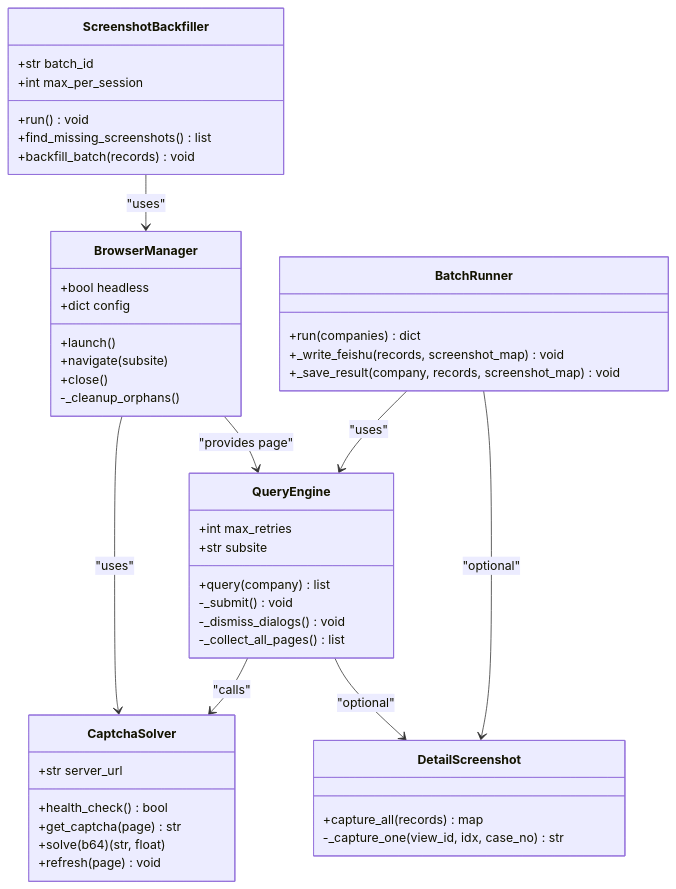
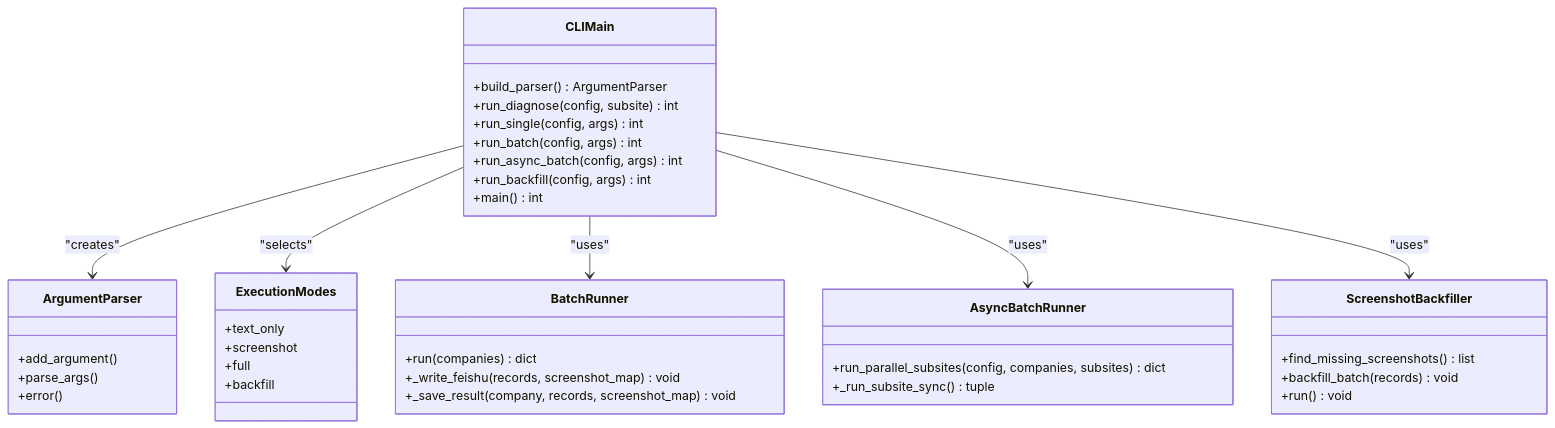
One commit to supotato-ipj/zxgk_auto_query-skill changed the fourth of 6 diagrams in .qoder/repowiki/en/content/Daily Workflow Orchestration.md. Above: the diagram before and after it, drawn with Mermaid. The commit also changed other lines of this file and 19 other files, not shown here.

````diff
--- a/.qoder/repowiki/en/content/Daily Workflow Orchestration.md
+++ b/.qoder/repowiki/en/content/Daily Workflow Orchestration.md
@@ -253,49 +276,42 @@
 ```mermaid
 classDiagram
-class BrowserManager {
-+bool headless
-+dict config
-+launch()
-+navigate(subsite)
-+close()
--_cleanup_orphans()
+class CLIMain {
++build_parser() ArgumentParser
++run_diagnose(config, subsite) int
++run_single(config, args) int
++run_batch(config, args) int
++run_async_batch(config, args) int
++run_backfill(config, args) int
++main() int
 }
-class CaptchaSolver {
-+str server_url
-+health_check() bool
-+get_captcha(page) str
-+solve(b64) (str, float)
-+refresh(page) void
+class ArgumentParser {
++add_argument()
++parse_args()
++error()
 }
-class QueryEngine {
-+int max_retries
-+str subsite
-+query(company) list
--_submit() void
--_dismiss_dialogs() void
--_collect_all_pages() list
-}
-class DetailScreenshot {
-+capture_all(records) map
--_capture_one(view_id, idx, case_no) str
-}
-class ScreenshotBackfiller {
-+str batch_id
-+int max_per_session
-+run() void
-+find_missing_screenshots() list
-+backfill_batch(records) void
+class ExecutionModes {
++text_only
++screenshot
++full
++backfill
 }
 class BatchRunner {
 +run(companies) dict
 +_write_feishu(records, screenshot_map) void
 +_save_result(company, records, screenshot_map) void
 }
-BrowserManager --> CaptchaSolver : "uses"
-BrowserManager --> QueryEngine : "provides page"
-QueryEngine --> CaptchaSolver : "calls"
-QueryEngine --> DetailScreenshot : "optional"
-ScreenshotBackfiller --> BrowserManager : "uses"
-BatchRunner --> QueryEngine : "uses"
-BatchRunner --> DetailScreenshot : "optional"
+class AsyncBatchRunner {
++run_parallel_subsites(config, companies, subsites) dict
++_run_subsite_sync() tuple
+}
+class ScreenshotBackfiller {
++find_missing_screenshots() list
++backfill_batch(records) void
++run() void
+}
+CLIMain --> ArgumentParser : "creates"
+CLIMain --> ExecutionModes : "selects"
+CLIMain --> BatchRunner : "uses"
+CLIMain --> AsyncBatchRunner : "uses"
+CLIMain --> ScreenshotBackfiller : "uses"
 ```
````
